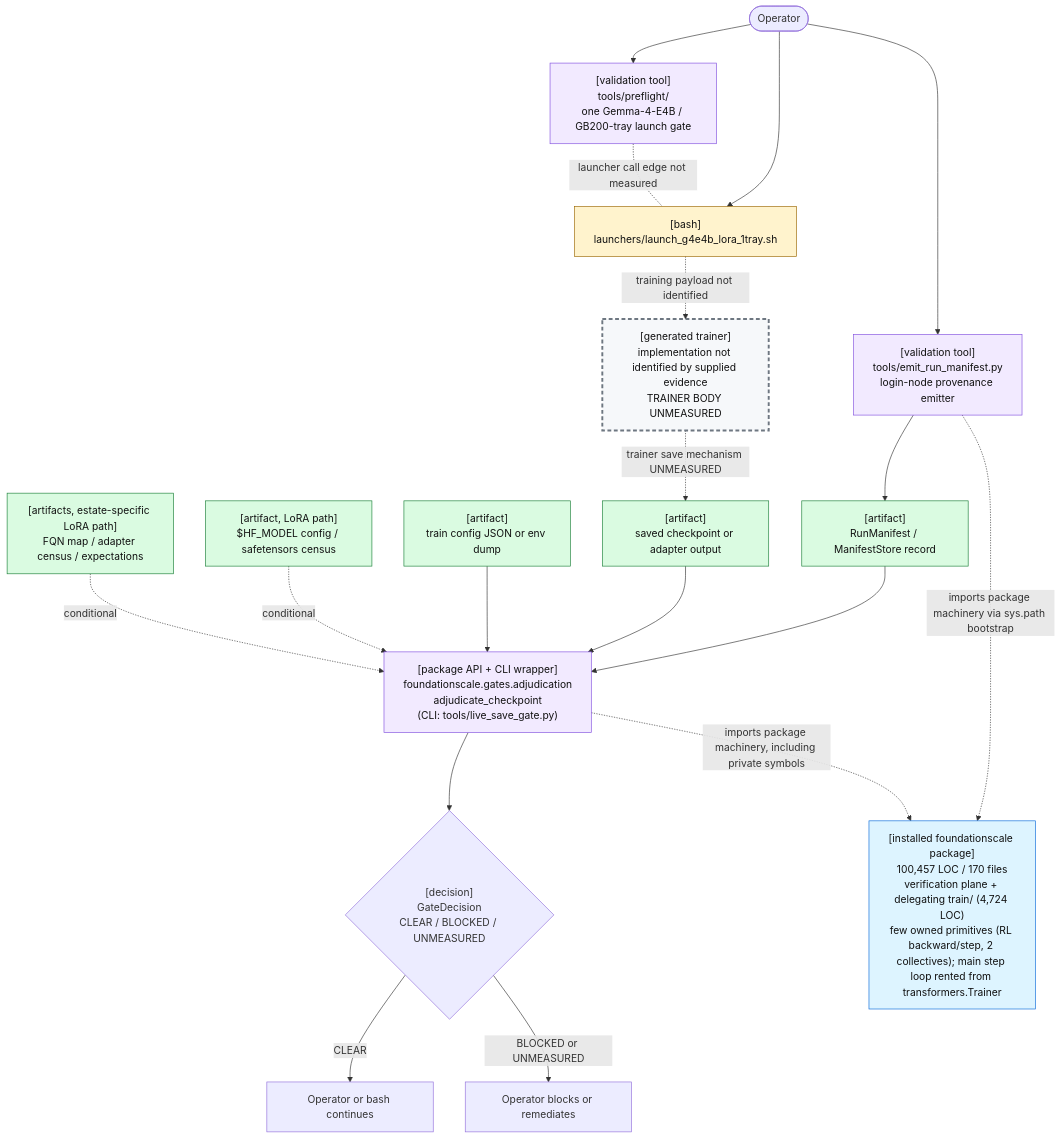
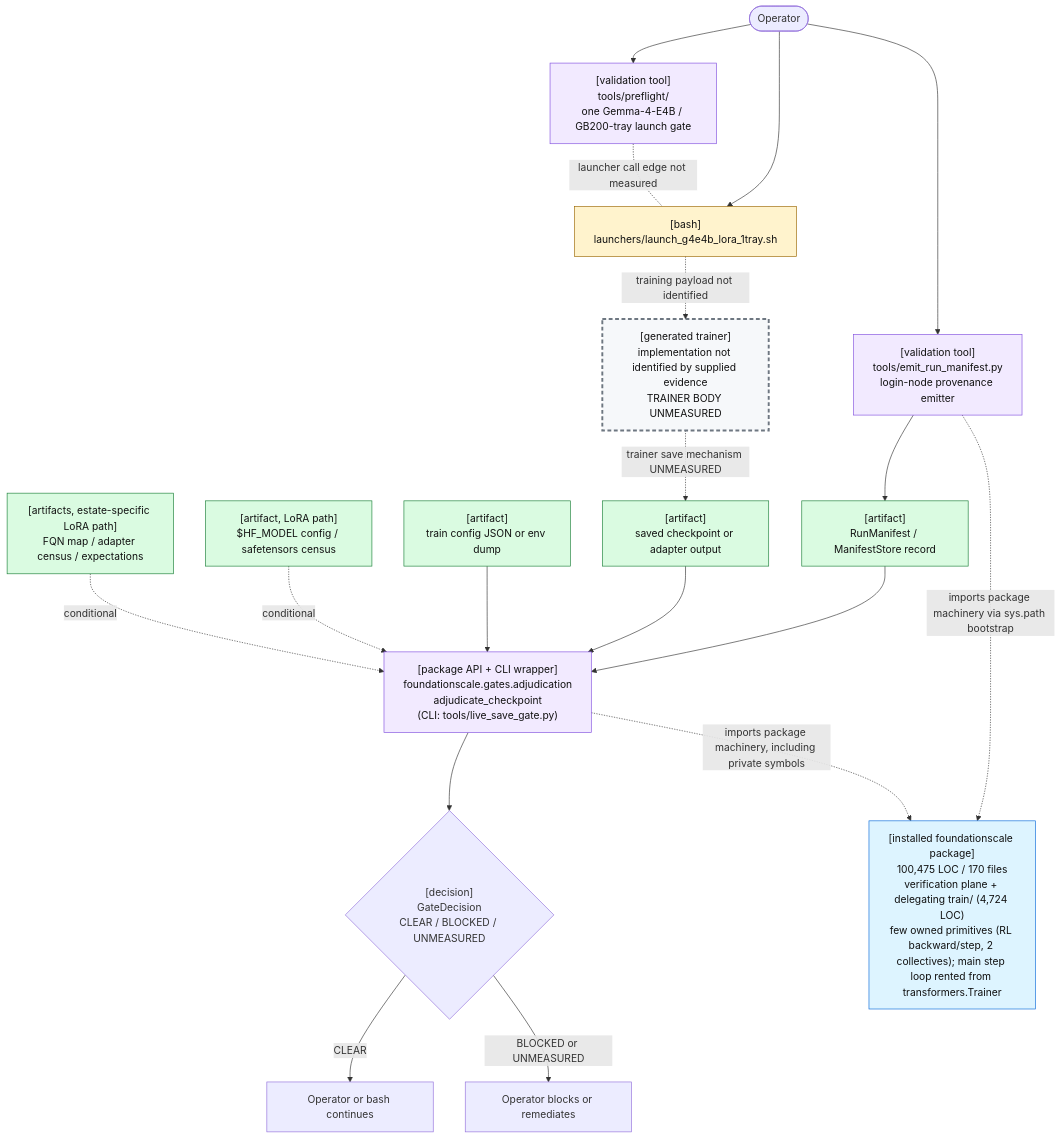
The first of 2 diagrams in docs/review/D2_current_architecture.md (TranNhiem/FoundationScale), drawn with Mermaid before and after one commit. The commit also changed other lines of this file and 10 other files, not shown here.

````diff
--- a/docs/review/D2_current_architecture.md
+++ b/docs/review/D2_current_architecture.md
@@ -25,59 +25,59 @@
 ```mermaid
 flowchart TB
   O(["Operator"])
 
   PF["[validation tool]<br/>tools/preflight/<br/>one Gemma-4-E4B / GB200-tray launch gate"]
   L["[bash]<br/>launchers/launch_g4e4b_lora_1tray.sh"]
 
   E["[validation tool]<br/>tools/emit_run_manifest.py<br/>login-node provenance emitter"]
   M["[artifact]<br/>RunManifest / ManifestStore record"]
 
   T["[generated trainer]<br/>implementation not identified by supplied evidence<br/>TRAINER BODY UNMEASURED"]
   C["[artifact]<br/>saved checkpoint or adapter output"]
 
   G["[package API + CLI wrapper]<br/>foundationscale.gates.adjudication<br/>adjudicate_checkpoint<br/>(CLI: tools/live_save_gate.py)"]
   CFG["[artifact]<br/>train config JSON or env dump"]
   BASE["[artifact, LoRA path]<br/>$HF_MODEL config / safetensors census"]
   CEN["[artifacts, estate-specific LoRA path]<br/>FQN map / adapter census / expectations"]
 
   D{"[decision]<br/>GateDecision<br/>CLEAR / BLOCKED / UNMEASURED"}
   OK["Operator or bash continues"]
   NO["Operator blocks or remediates"]
 
-  PKG["[installed foundationscale package]<br/>100,457 LOC / 170 files<br/>verification plane + delegating train/ (4,724 LOC)<br/>few owned primitives (RL backward/step, 2 collectives); main step loop rented from transformers.Trainer"]
+  PKG["[installed foundationscale package]<br/>100,475 LOC / 170 files<br/>verification plane + delegating train/ (4,724 LOC)<br/>few owned primitives (RL backward/step, 2 collectives); main step loop rented from transformers.Trainer"]
 
   O --> PF
   O --> L
   PF -. "launcher call edge not measured" .- L
 
   O --> E
   E --> M
 
   L -. "training payload not identified" .-> T
   T -. "trainer save mechanism UNMEASURED" .-> C
 
   M --> G
   C --> G
   CFG --> G
   BASE -. "conditional" .-> G
   CEN -. "conditional" .-> G
 
   E -. "imports package machinery via sys.path bootstrap" .-> PKG
   G -. "imports package machinery, including private symbols" .-> PKG
 
   G --> D
   D -->|"CLEAR"| OK
   D -->|"BLOCKED or UNMEASURED"| NO
 
   classDef bash fill:#fff3cd,stroke:#9a6700,color:#111;
   classDef tool fill:#f2eaff,stroke:#8250df,color:#111;
   classDef artifact fill:#dafbe1,stroke:#1a7f37,color:#111;
   classDef gap fill:#f6f8fa,stroke:#6e7781,stroke-width:3px,stroke-dasharray: 6 4,color:#111;
   classDef pkg fill:#ddf4ff,stroke:#0969da,color:#111;
 
   class L bash;
   class PF,E,G tool;
   class M,C,CFG,BASE,CEN artifact;
   class T gap;
   class PKG pkg;
 ```
````
